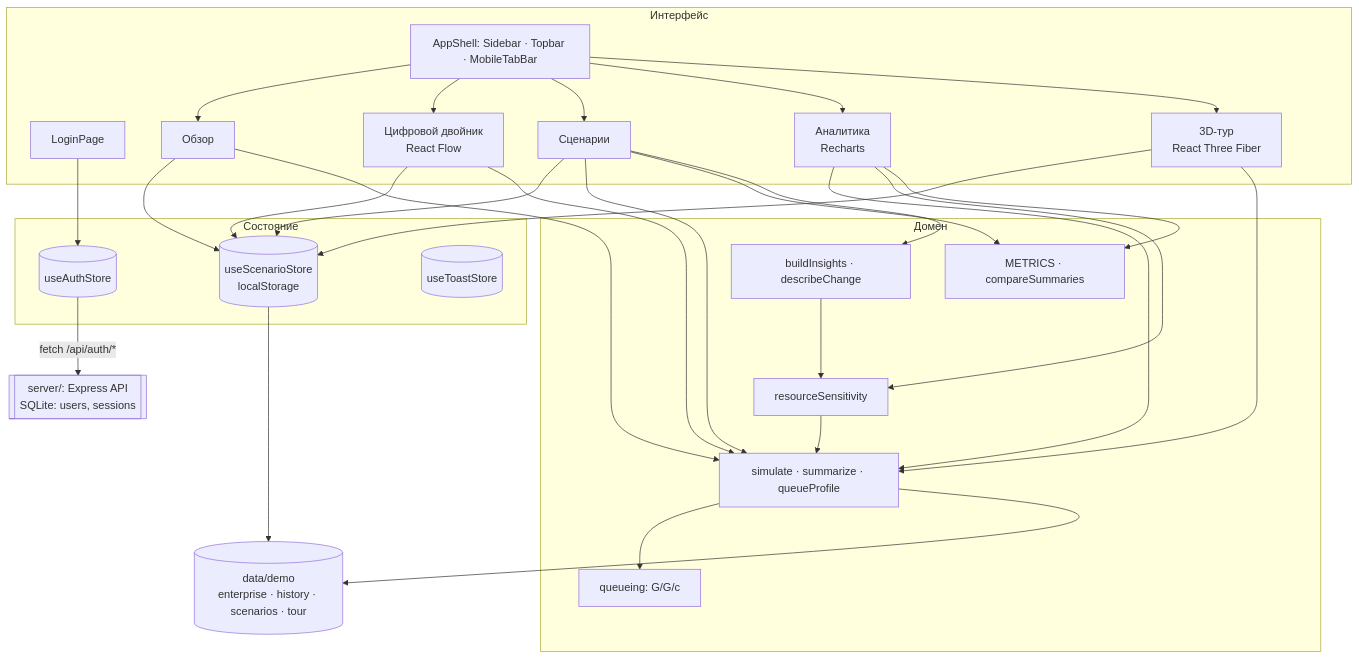
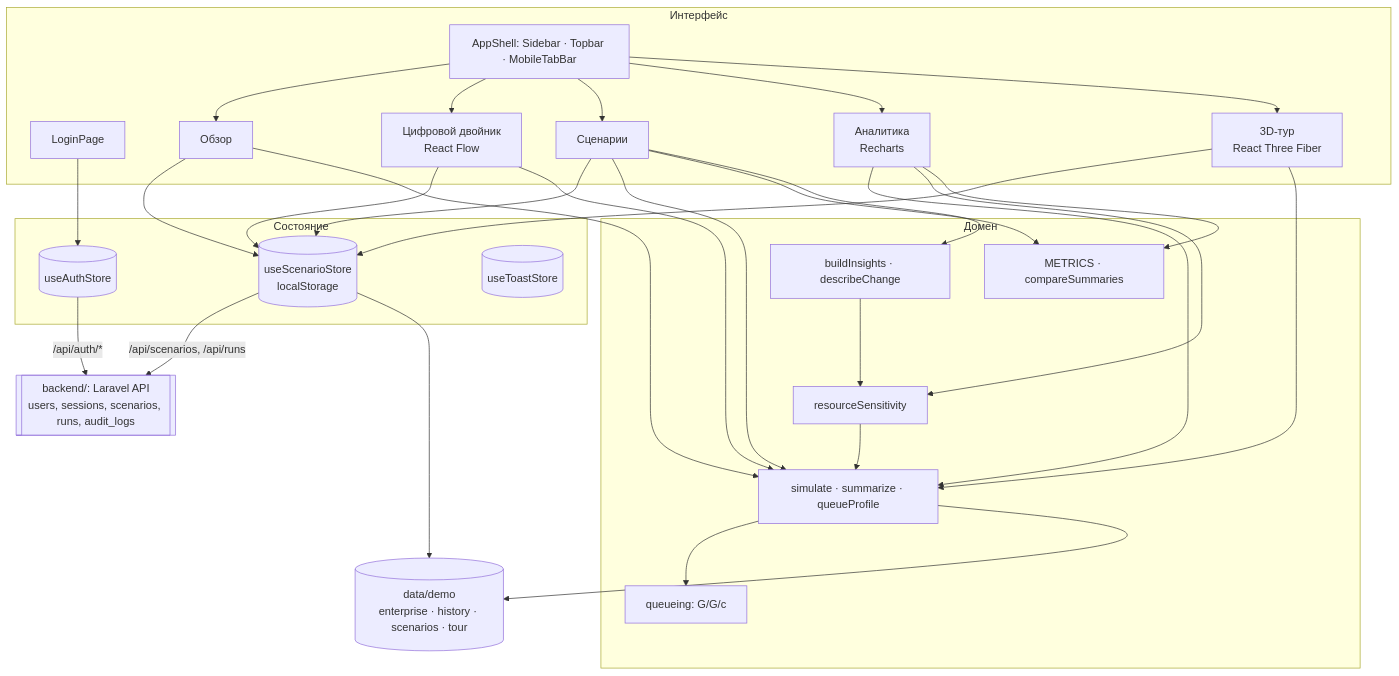
One commit to aMr1231/-3D--_ changed the first of 6 diagrams in docs/02-architecture.md. Above: the diagram before and after it, drawn with Mermaid. The commit also changed other lines of this file and 106 other files, not shown here.

````diff
--- a/docs/02-architecture.md
+++ b/docs/02-architecture.md
@@ -19,45 +19,46 @@
 ```mermaid
 flowchart TB
   subgraph UI[Интерфейс]
     Login[LoginPage]
     Shell[AppShell: Sidebar · Topbar · MobileTabBar]
     Dash[Обзор]
     Twin[Цифровой двойник<br/>React Flow]
     Scen[Сценарии]
     Anal[Аналитика<br/>Recharts]
     Tour[3D-тур<br/>React Three Fiber]
   end
 
   subgraph State[Состояние]
     Auth[(useAuthStore)]
     Store[(useScenarioStore<br/>localStorage)]
     Toast[(useToastStore)]
   end
 
   subgraph Domain[Домен]
     Engine[simulate · summarize · queueProfile]
     Queue[queueing: G/G/c]
     Sens[resourceSensitivity]
     Metrics[METRICS · compareSummaries]
     Insights[buildInsights · describeChange]
   end
 
   Data[(data/demo<br/>enterprise · history · scenarios · tour)]
-  API[[server/: Express API<br/>SQLite: users, sessions]]
+  API[[backend/: Laravel API<br/>users, sessions, scenarios, runs, audit_logs]]
 
   Login --> Auth
-  Auth -->|fetch /api/auth/*| API
+  Auth -->|/api/auth/*| API
+  Store -->|/api/scenarios, /api/runs| API
   Shell --> Dash & Twin & Scen & Anal & Tour
   Scen --> Store
   Twin --> Store
   Tour --> Store
   Dash --> Store
   Dash & Twin & Scen & Anal & Tour --> Engine
   Engine --> Queue
   Sens --> Engine
   Insights --> Sens
   Scen --> Metrics & Insights
   Anal --> Sens & Metrics
   Engine --> Data
   Store --> Data
 ```
````
